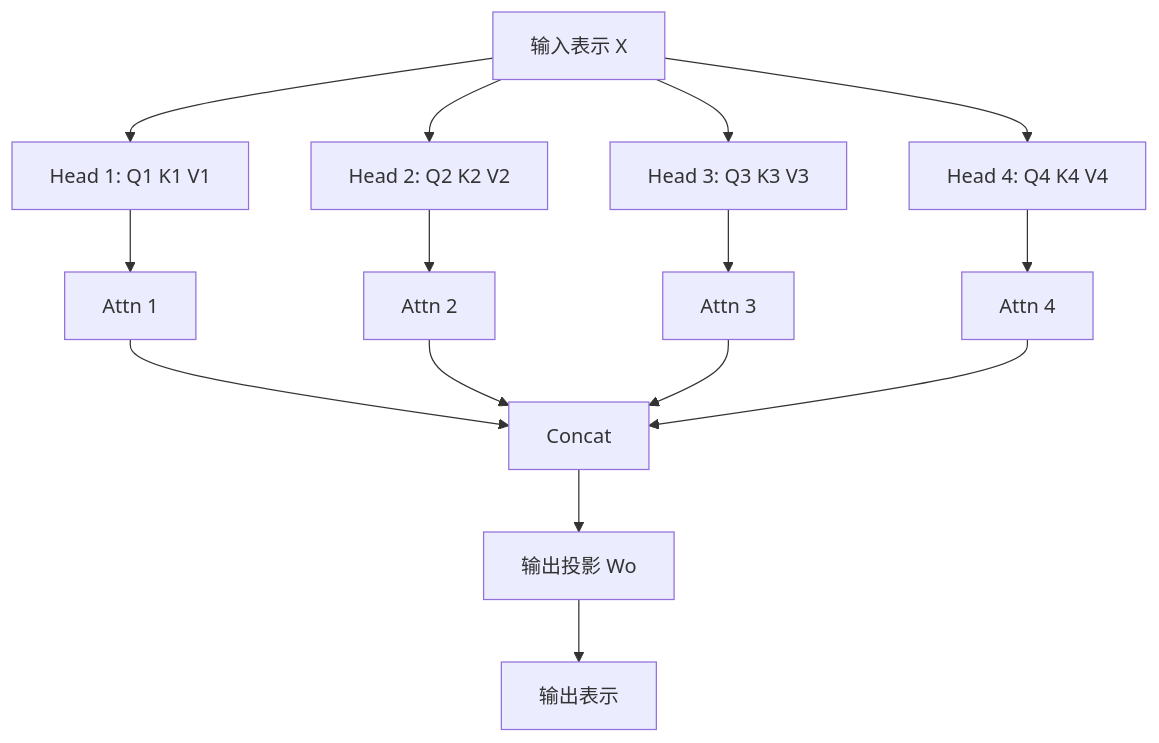
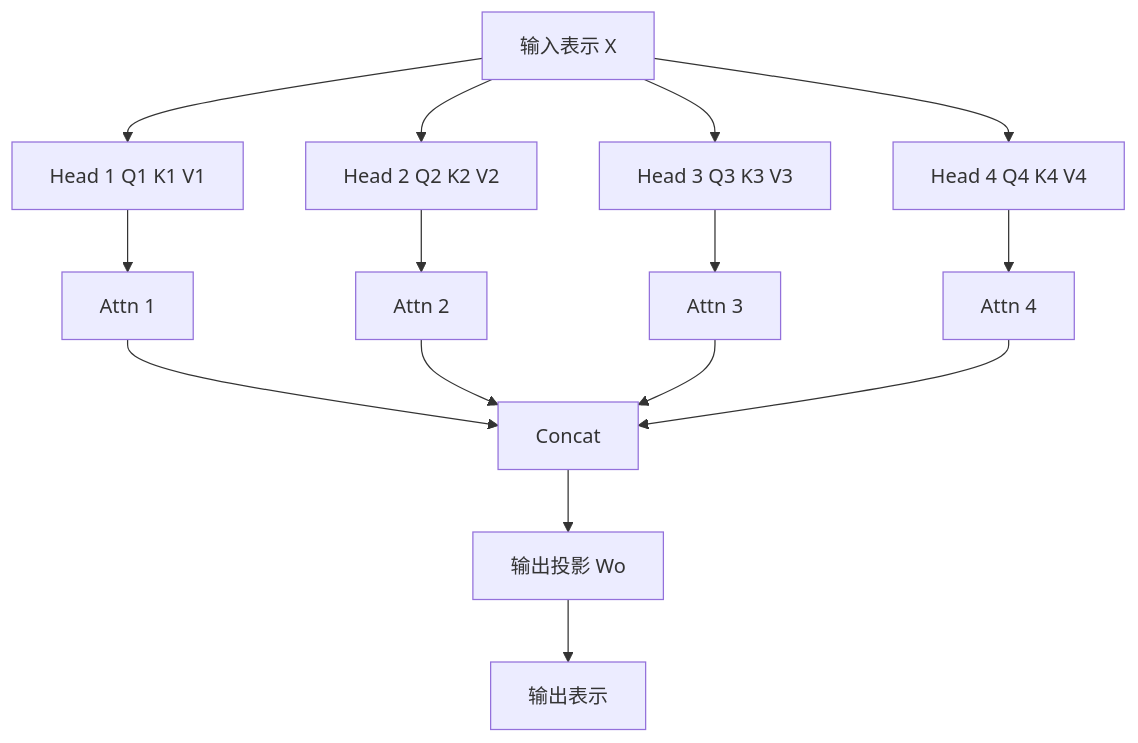
One commit to xiaoqianbaobao/ai-guide changed the first of 4 diagrams in docs/01-llm-foundations/chapter-04-multi-head-and-block.md. Above: the diagram before and after it, drawn with Mermaid. The commit also changed other lines of this file and 14 other files, not shown here.

Commit message:
修复前端mermaid语法错误问题

````diff
--- a/docs/01-llm-foundations/chapter-04-multi-head-and-block.md
+++ b/docs/01-llm-foundations/chapter-04-multi-head-and-block.md
@@ -66,18 +66,18 @@
 ```mermaid
 flowchart TD
     A[输入表示 X]
-    A --> H1[Head 1: Q1 K1 V1]
-    A --> H2[Head 2: Q2 K2 V2]
-    A --> H3[Head 3: Q3 K3 V3]
-    A --> H4[Head 4: Q4 K4 V4]
+    A --> H1[Head 1 Q1 K1 V1]
+    A --> H2[Head 2 Q2 K2 V2]
+    A --> H3[Head 3 Q3 K3 V3]
+    A --> H4[Head 4 Q4 K4 V4]
     H1 --> O1[Attn 1]
     H2 --> O2[Attn 2]
     H3 --> O3[Attn 3]
     H4 --> O4[Attn 4]
     O1 --> C[Concat]
     O2 --> C
     O3 --> C
     O4 --> C
     C --> W[输出投影 Wo]
     W --> Y[输出表示]
 ```
````
